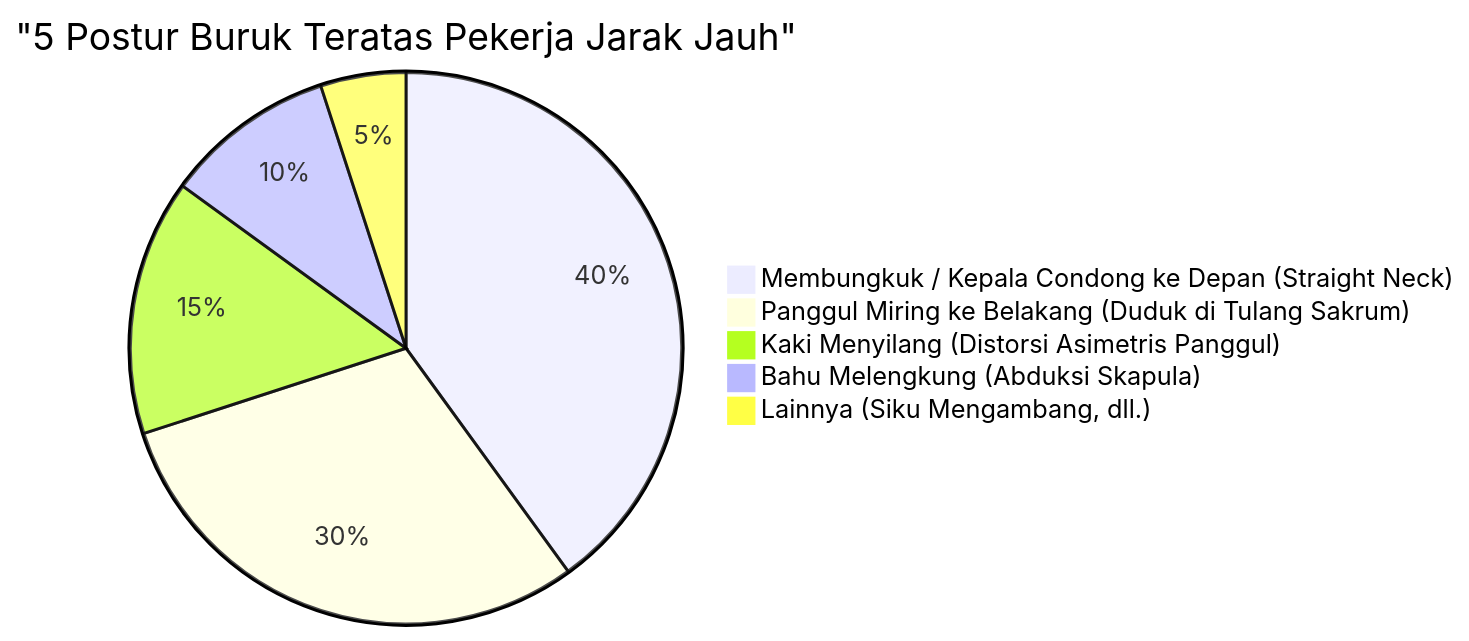
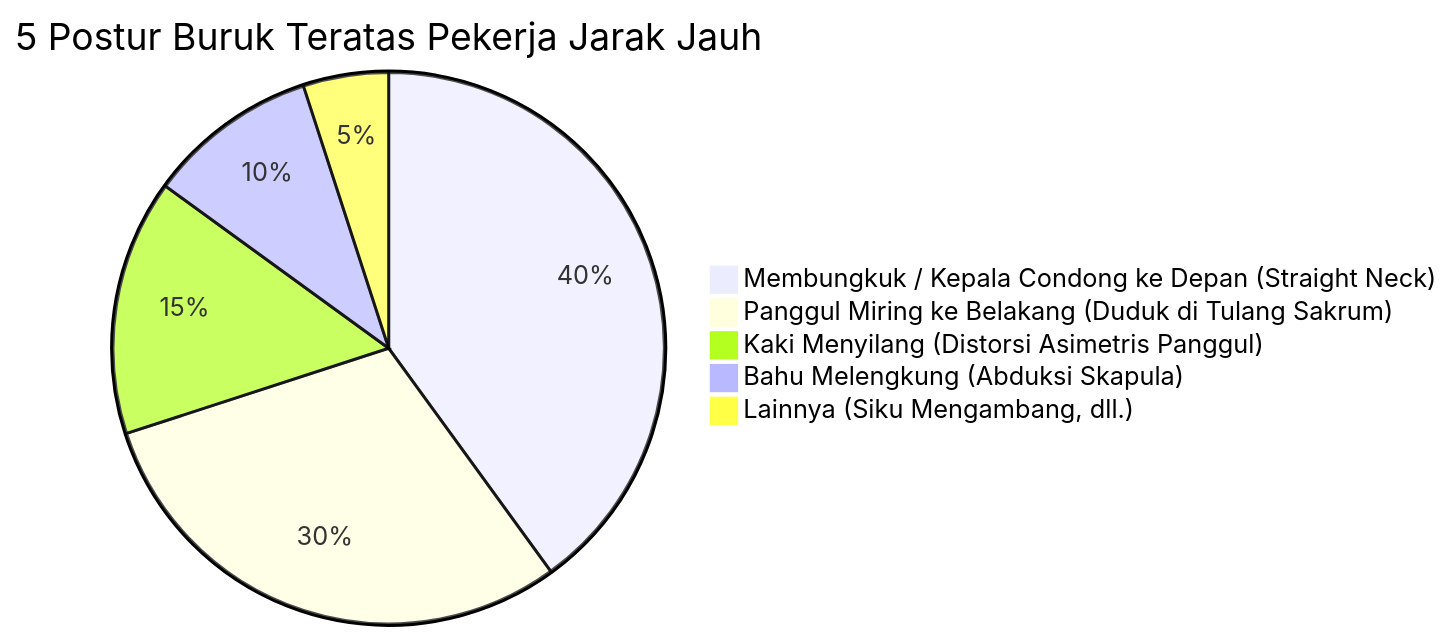
Before and after one commit to kenjinote/blog: the second of 2 diagrams in content/post/ergonomic_chairs/index.id.md, drawn with Mermaid. The commit also changed other lines of this file and 703 other files, not shown here.

Commit message:
Fix: Remove quotes from Mermaid link texts and timeline definitions to support Mermaid 11.4.1

````diff
--- a/content/post/ergonomic_chairs/index.id.md
+++ b/content/post/ergonomic_chairs/index.id.md
@@ -135,8 +135,8 @@
 ```mermaid
-pie title "5 Postur Buruk Teratas Pekerja Jarak Jauh"
+pie title 5 Postur Buruk Teratas Pekerja Jarak Jauh
     "Membungkuk / Kepala Condong ke Depan (Straight Neck)" : 40
     "Panggul Miring ke Belakang (Duduk di Tulang Sakrum)" : 30
     "Kaki Menyilang (Distorsi Asimetris Panggul)" : 15
     "Bahu Melengkung (Abduksi Skapula)" : 10
     "Lainnya (Siku Mengambang, dll.)" : 5
 ```
````
